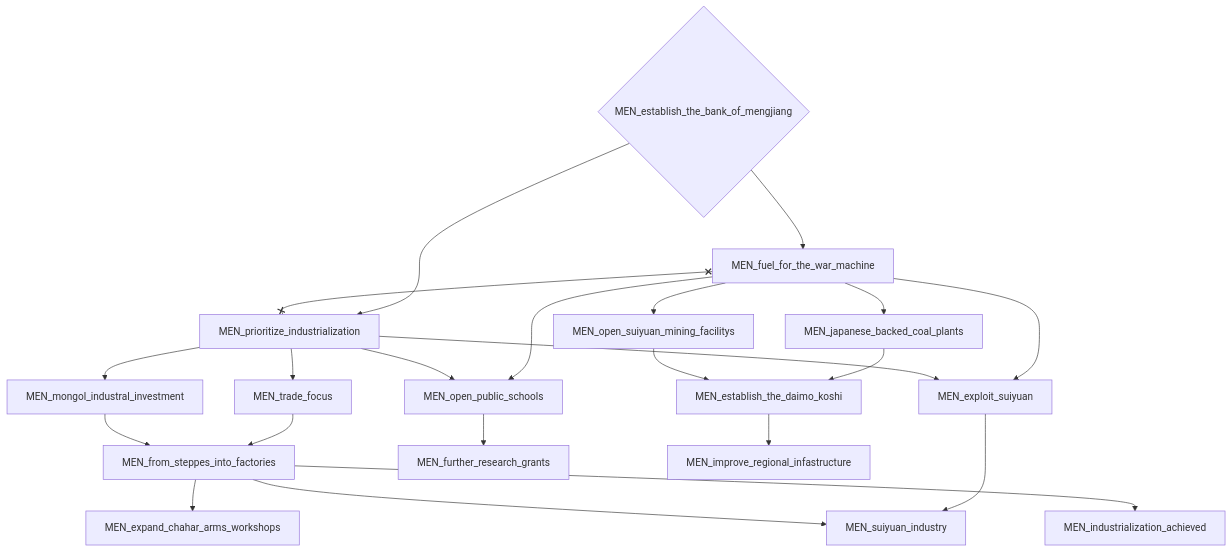
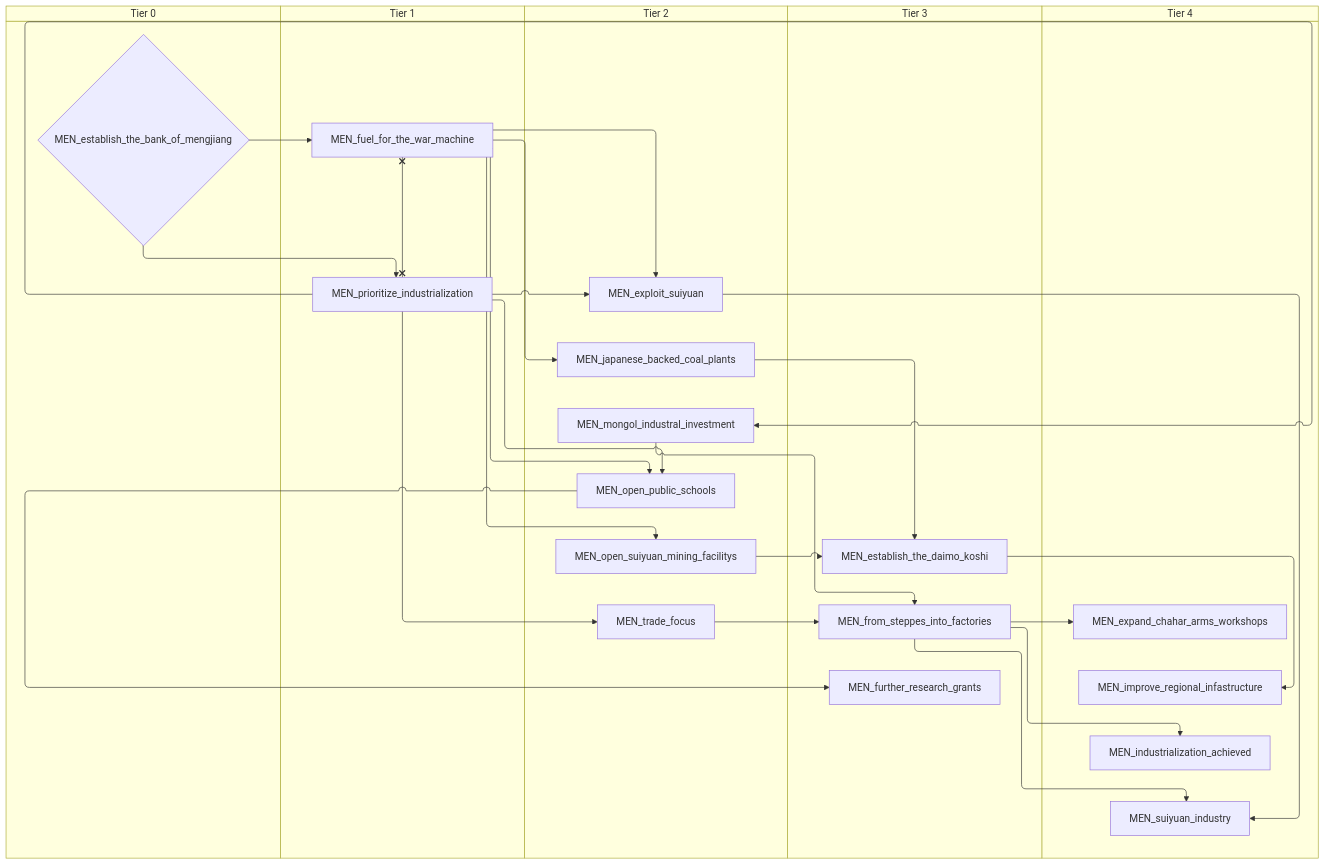
One commit to evgeny-sobol/hoi4-sandbox-mode-r56 changed the second of 5 diagrams in docs/gdd/National Focuses/mengkukuo.md. Above: the diagram before and after it, drawn with Mermaid. The commit also changed other lines of this file and 423 other files, not shown here.

First line of the commit message:
Re-export Rt56 focus trees as swimlane diagrams

````diff
--- a/docs/gdd/National Focuses/mengkukuo.md
+++ b/docs/gdd/National Focuses/mengkukuo.md
@@ -51,40 +63,50 @@
 ```mermaid
-flowchart TD
-    n20{"MEN_establish_the_bank_of_mengjiang"}
-    n21["MEN_establish_the_daimo_koshi"]
-    n22["MEN_expand_chahar_arms_workshops"]
-    n23["MEN_exploit_suiyuan"]
-    n24["MEN_from_steppes_into_factories"]
-    n25["MEN_fuel_for_the_war_machine"]
-    n26["MEN_further_research_grants"]
-    n27["MEN_improve_regional_infastructure"]
-    n28["MEN_industrialization_achieved"]
-    n29["MEN_japanese_backed_coal_plants"]
-    n30["MEN_mongol_industral_investment"]
-    n31["MEN_open_public_schools"]
-    n32["MEN_open_suiyuan_mining_facilitys"]
-    n33["MEN_prioritize_industrialization"]
-    n34["MEN_suiyuan_industry"]
-    n35["MEN_trade_focus"]
-    n29 --> n21
-    n32 --> n21
-    n24 --> n22
-    n25 --> n23
-    n33 --> n23
-    n35 --> n24
-    n30 --> n24
-    n20 --> n25
-    n31 --> n26
+swimlane-beta TD
+    subgraph tier_0["Tier 0"]
+        n20{"MEN_establish_the_bank_of_mengjiang"}
+    end
+    subgraph tier_1["Tier 1"]
+        n21["MEN_fuel_for_the_war_machine"]
+        n22["MEN_prioritize_industrialization"]
+    end
+    subgraph tier_2["Tier 2"]
+        n23["MEN_exploit_suiyuan"]
+        n24["MEN_japanese_backed_coal_plants"]
+        n25["MEN_mongol_industral_investment"]
+        n26["MEN_open_public_schools"]
+        n27["MEN_open_suiyuan_mining_facilitys"]
+        n28["MEN_trade_focus"]
+    end
+    subgraph tier_3["Tier 3"]
+        n29["MEN_establish_the_daimo_koshi"]
+        n30["MEN_from_steppes_into_factories"]
+        n31["MEN_further_research_grants"]
+    end
+    subgraph tier_4["Tier 4"]
+        n32["MEN_expand_chahar_arms_workshops"]
+        n33["MEN_improve_regional_infastructure"]
+        n34["MEN_industrialization_achieved"]
+        n35["MEN_suiyuan_industry"]
+    end
+    n24 --> n29
+    n27 --> n29
+    n30 --> n32
+    n21 --> n23
+    n22 --> n23
+    n28 --> n30
+    n25 --> n30
+    n20 --> n21
+    n26 --> n31
+    n29 --> n33
+    n30 --> n34
+    n21 --> n24
+    n22 --> n25
+    n21 --> n26
+    n22 --> n26
     n21 --> n27
-    n24 --> n28
-    n25 --> n29
-    n33 --> n30
-    n25 --> n31
-    n33 --> n31
-    n25 --> n32
-    n20 --> n33
-    n23 --> n34
-    n24 --> n34
-    n33 --> n35
-    n25 x--x n33
+    n20 --> n22
+    n23 --> n35
+    n30 --> n35
+    n22 --> n28
+    n21 x--x n22
 ```
````
